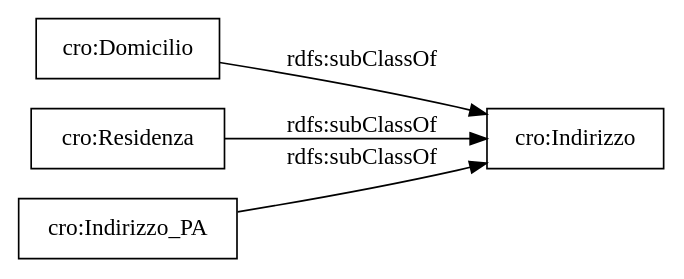
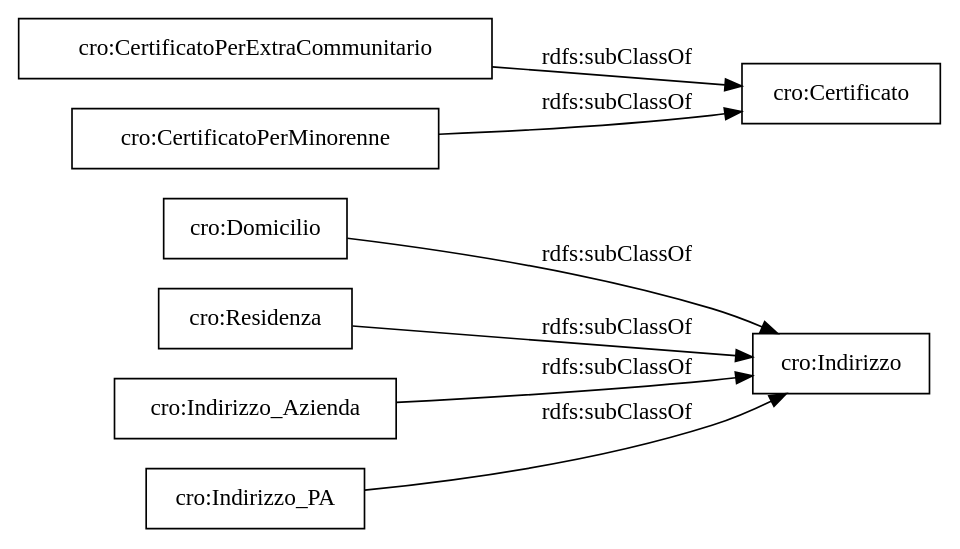
The diagram in OnToology/CertificateRequest.ttl/diagrams/ar2dtool-taxonomy/CertificateRequest.ttl.png.dot (gcarau/RichiestaCertificati), drawn with Graphviz before and after one commit. The commit also changed 12 other files, not shown here.

```diff
--- a/OnToology/CertificateRequest.ttl/diagrams/ar2dtool-taxonomy/CertificateRequest.ttl.png.dot
+++ b/OnToology/CertificateRequest.ttl/diagrams/ar2dtool-taxonomy/CertificateRequest.ttl.png.dot
@@ -1,9 +1,12 @@
 digraph ar2dtool_diagram { 
 rankdir=LR;
 size="1000"
-node [shape = rectangle, color="black"]; "cro:Domicilio" "cro:Residenza" "cro:Indirizzo" "cro:Indirizzo_PA" ; /*classes style*/
+node [shape = rectangle, color="black"]; "cro:Domicilio" "cro:Residenza" "cro:CertificatoPerExtraCommunitario" "cro:Indirizzo_Azienda" "cro:Indirizzo" "cro:Indirizzo_PA" "cro:CertificatoPerMinorenne" "cro:Certificato" ; /*classes style*/
+	"cro:CertificatoPerExtraCommunitario" -> "cro:Certificato" [ label = "rdfs:subClassOf" ];
+	"cro:CertificatoPerMinorenne" -> "cro:Certificato" [ label = "rdfs:subClassOf" ];
+	"cro:Indirizzo_Azienda" -> "cro:Indirizzo" [ label = "rdfs:subClassOf" ];
 	"cro:Residenza" -> "cro:Indirizzo" [ label = "rdfs:subClassOf" ];
 	"cro:Domicilio" -> "cro:Indirizzo" [ label = "rdfs:subClassOf" ];
 	"cro:Indirizzo_PA" -> "cro:Indirizzo" [ label = "rdfs:subClassOf" ];
 
 }
```
